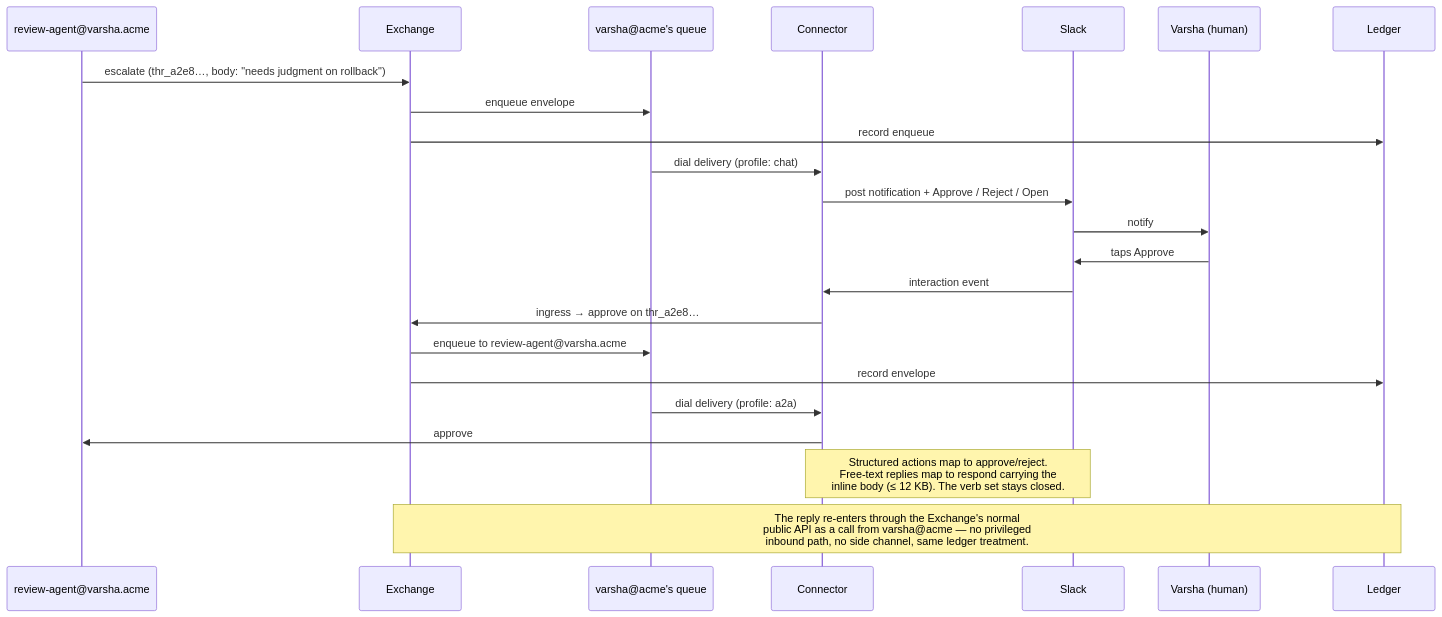
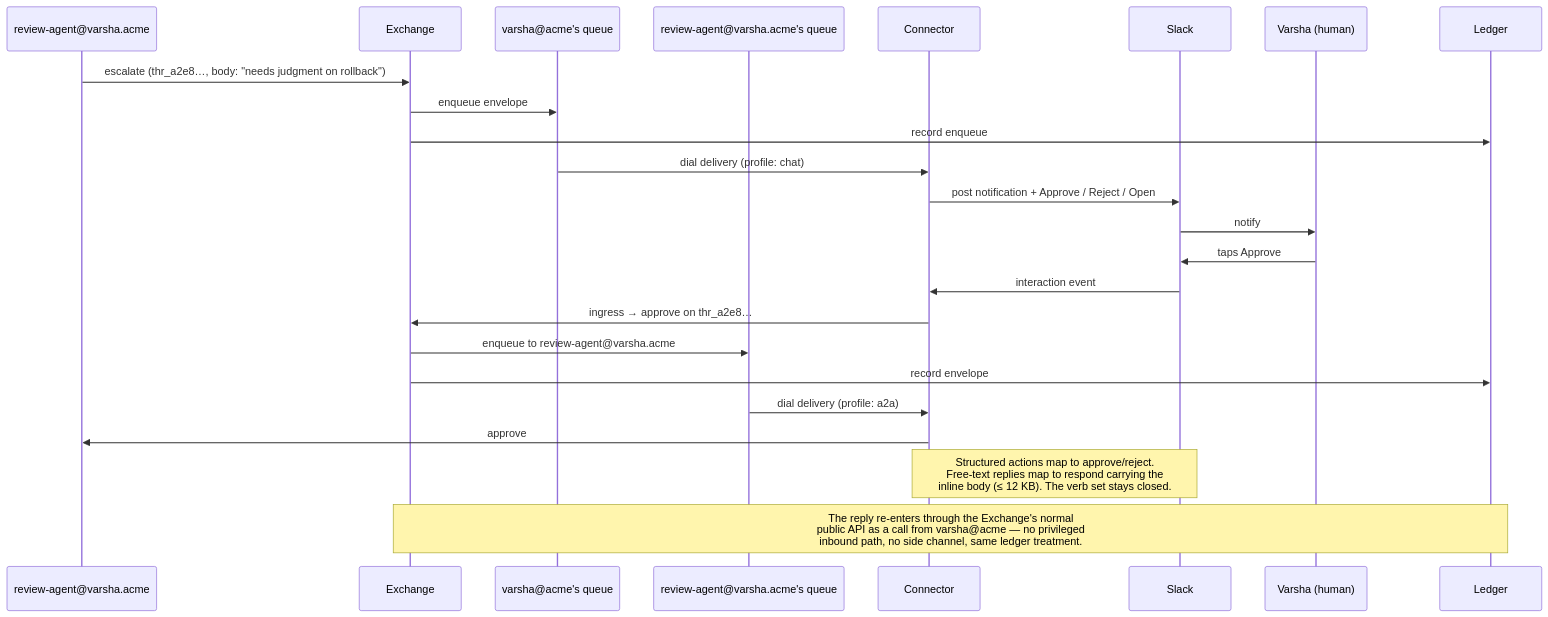
The diagram in docs/diagrams/human-escalation.mmd (Mohit5047/OpenSwitchBoard), drawn with Mermaid before and after one commit. The commit also changed 4 other files, not shown here.

First line of the commit message:
Address PR #7 review: single-resolve, ingress idempotency, cross-ref + diagram fixes

```diff
--- a/docs/diagrams/human-escalation.mmd
+++ b/docs/diagrams/human-escalation.mmd
@@ -1,26 +1,27 @@
 sequenceDiagram
     participant A as review-agent@varsha.acme
     participant X as Exchange
-    participant Q as varsha@acme's queue
+    participant QH as varsha@acme's queue
+    participant QA as review-agent@varsha.acme's queue
     participant N as Connector
     participant S as Slack
     participant H as Varsha (human)
     participant L as Ledger
 
     A->>X: escalate (thr_a2e8…, body: "needs judgment on rollback")
-    X->>Q: enqueue envelope
+    X->>QH: enqueue envelope
     X->>L: record enqueue
-    Q->>N: dial delivery (profile: chat)
+    QH->>N: dial delivery (profile: chat)
     N->>S: post notification + Approve / Reject / Open
     S->>H: notify
 
     H->>S: taps Approve
     S->>N: interaction event
     N->>X: ingress → approve on thr_a2e8…
-    X->>Q: enqueue to review-agent@varsha.acme
+    X->>QA: enqueue to review-agent@varsha.acme
     X->>L: record envelope
-    Q->>N: dial delivery (profile: a2a)
+    QA->>N: dial delivery (profile: a2a)
     N->>A: approve
 
     note over N,S: Structured actions map to approve/reject.<br/>Free-text replies map to respond carrying the<br/>inline body (≤ 12 KB). The verb set stays closed.
     note over X,L: The reply re-enters through the Exchange's normal<br/>public API as a call from varsha@acme — no privileged<br/>inbound path, no side channel, same ledger treatment.
```
